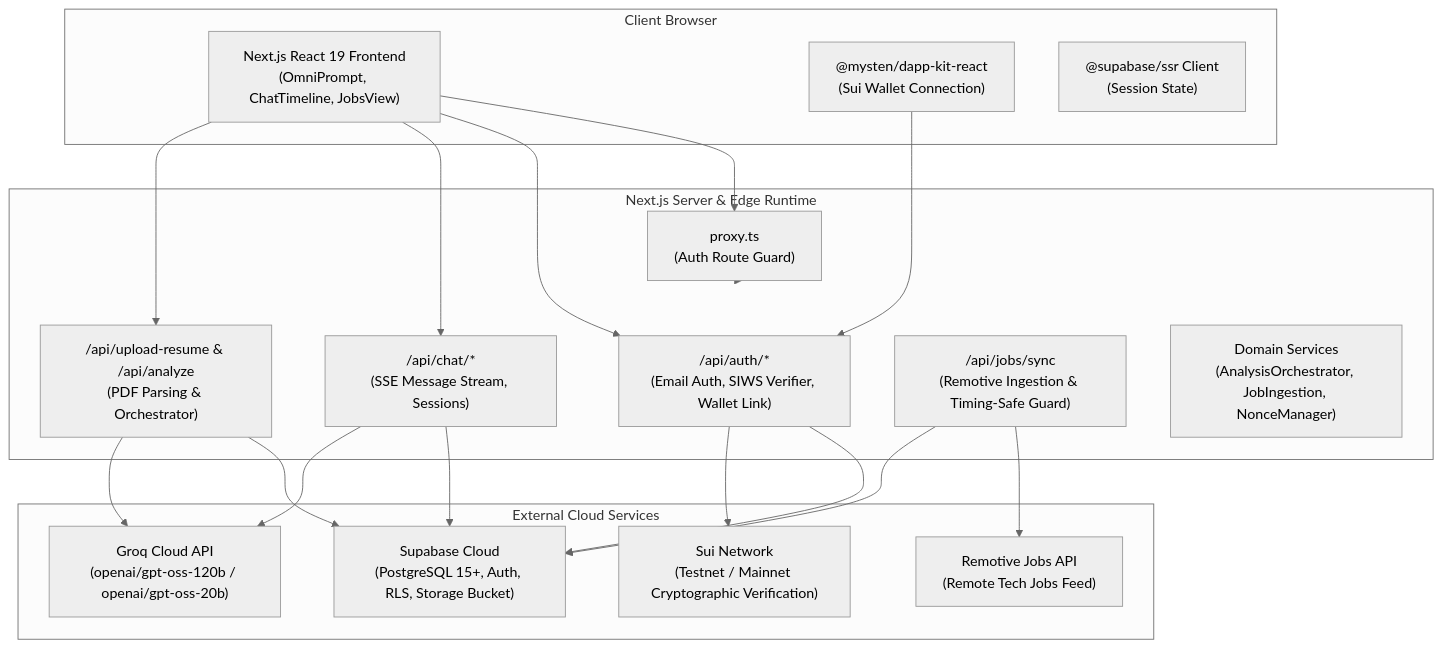
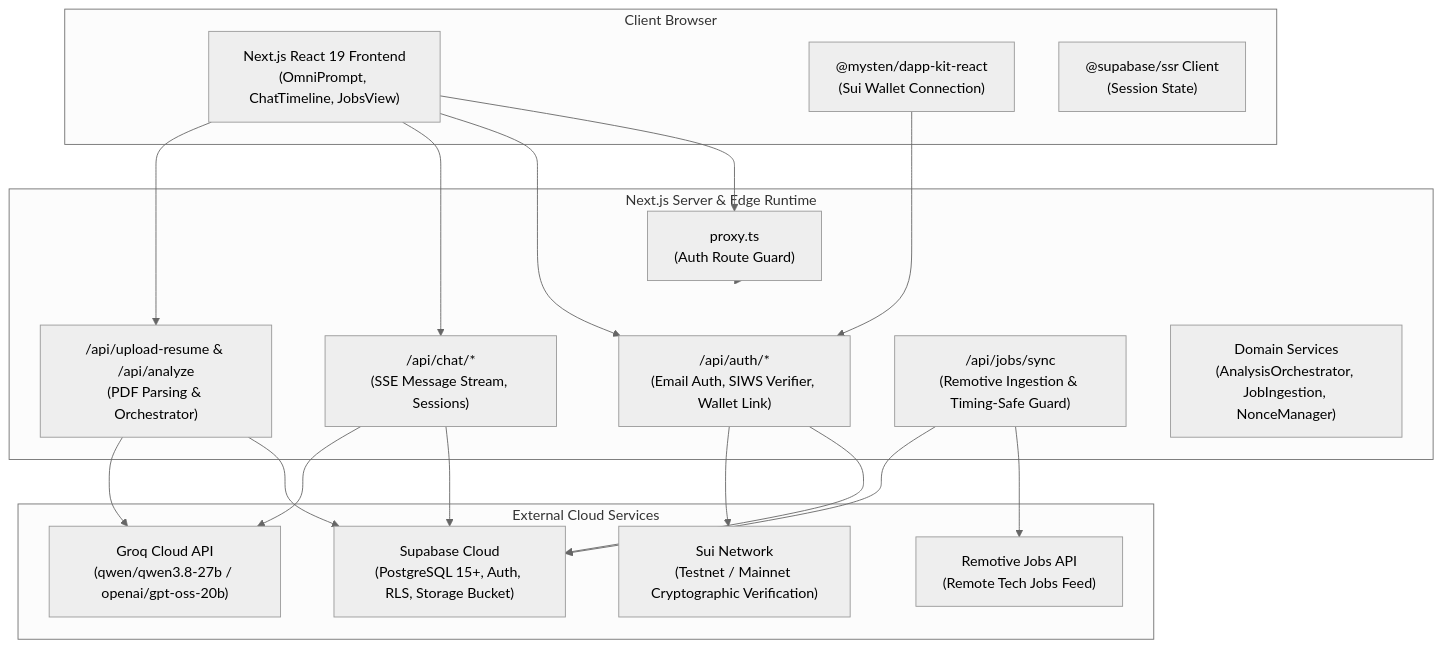
The first of 2 diagrams in docs/architecture/system-architecture.md (DafinCi/Finder), drawn with Mermaid (neutral theme) before and after one commit. The commit also changed other lines of this file and 5 other files, not shown here.

````diff
--- a/docs/architecture/system-architecture.md
+++ b/docs/architecture/system-architecture.md
@@ -9,40 +9,40 @@
 ```mermaid
 flowchart TD
     subgraph Client ["Client Browser"]
         UI["Next.js React 19 Frontend<br>(OmniPrompt, ChatTimeline, JobsView)"]
         WalletKit["@mysten/dapp-kit-react<br>(Sui Wallet Connection)"]
         SupabaseBrowser["@supabase/ssr Client<br>(Session State)"]
     end
 
     subgraph NextServer ["Next.js Server & Edge Runtime"]
         Middleware["proxy.ts<br>(Auth Route Guard)"]
         AuthRoutes["/api/auth/*<br>(Email Auth, SIWS Verifier, Wallet Link)"]
         ChatRoutes["/api/chat/*<br>(SSE Message Stream, Sessions)"]
         AnalysisRoutes["/api/upload-resume & /api/analyze<br>(PDF Parsing & Orchestrator)"]
         SyncRoute["/api/jobs/sync<br>(Remotive Ingestion & Timing-Safe Guard)"]
         DomainServices["Domain Services<br>(AnalysisOrchestrator, JobIngestion, NonceManager)"]
     end
 
     subgraph ExternalServices ["External Cloud Services"]
         Supabase["Supabase Cloud<br>(PostgreSQL 15+, Auth, RLS, Storage Bucket)"]
-        Groq["Groq Cloud API<br>(openai/gpt-oss-120b / openai/gpt-oss-20b)"]
+        Groq["Groq Cloud API<br>(qwen/qwen3.8-27b / openai/gpt-oss-20b)"]
         Remotive["Remotive Jobs API<br>(Remote Tech Jobs Feed)"]
         SuiNetwork["Sui Network<br>(Testnet / Mainnet Cryptographic Verification)"]
     end
 
     UI --> Middleware
     Middleware --> NextServer
     UI --> AuthRoutes
     UI --> ChatRoutes
     UI --> AnalysisRoutes
     WalletKit --> AuthRoutes
 
     AuthRoutes --> Supabase
     AuthRoutes --> SuiNetwork
     ChatRoutes --> Supabase
     ChatRoutes --> Groq
     AnalysisRoutes --> Supabase
     AnalysisRoutes --> Groq
     SyncRoute --> Remotive
     SyncRoute --> Supabase
 ```
````
